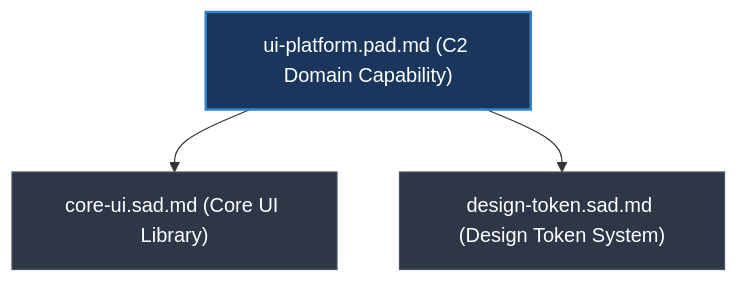
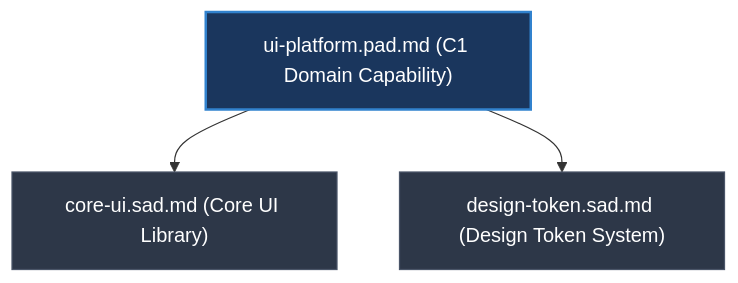
Before and after one commit to scnehaux/codex: the fourth of 4 diagrams in governance/GDC-000-governance-policy.md, drawn with Mermaid. The commit also changed other lines of this file and 4 other files, not shown here.

````diff
--- a/governance/GDC-000-governance-policy.md
+++ b/governance/GDC-000-governance-policy.md
@@ -307,10 +309,10 @@
 ```mermaid
 graph TD
-  PAD["ui-platform.pad.md (C2 Domain Capability)"]
+  PAD["ui-platform.pad.md (C1 Domain Capability)"]
   PAD --> SAD1["core-ui.sad.md (Core UI Library)"]
   PAD --> SAD2["design-token.sad.md (Design Token System)"]
 
   style PAD fill:#1a365d,stroke:#3182ce,stroke-width:2px,color:#fff
   style SAD1 fill:#2d3748,stroke:#4a5568,stroke-width:1px,color:#fff
   style SAD2 fill:#2d3748,stroke:#4a5568,stroke-width:1px,color:#fff
 ```
````
